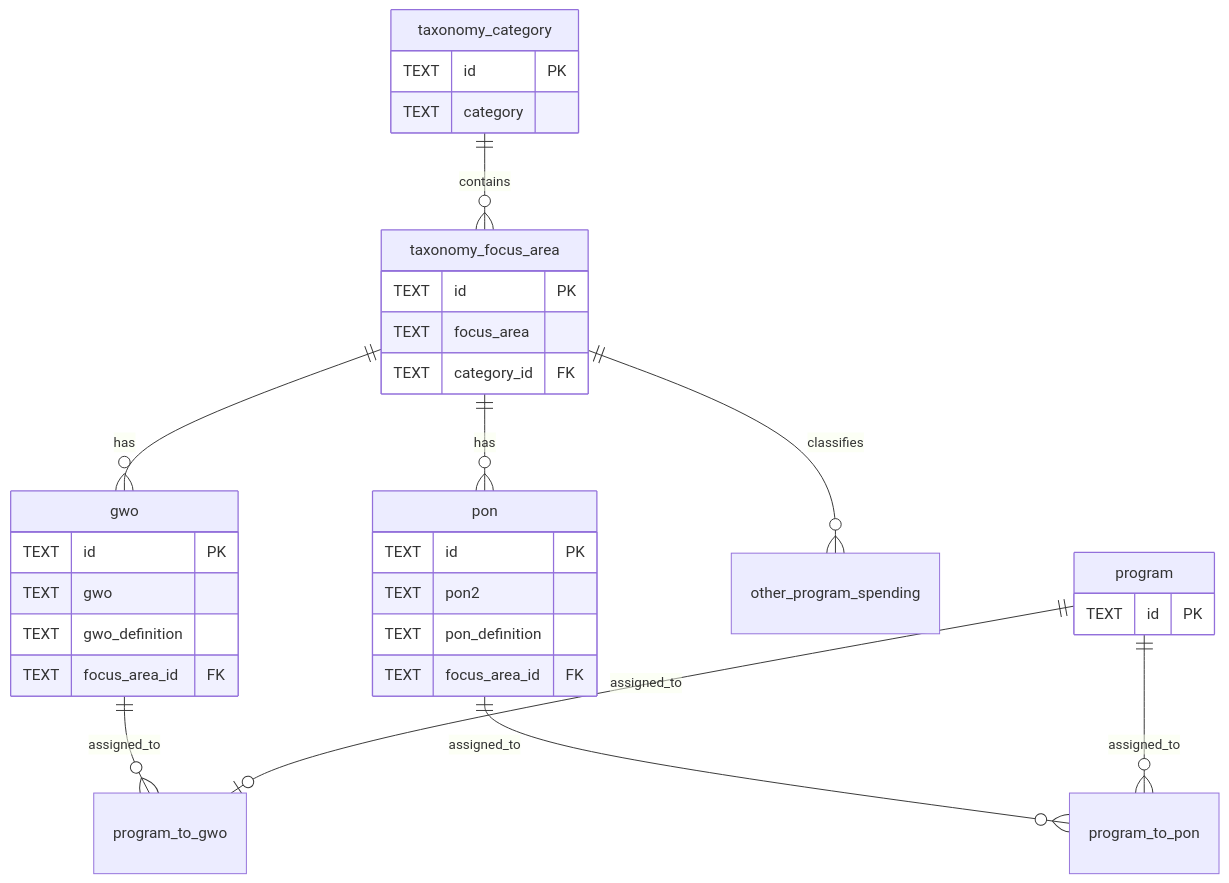
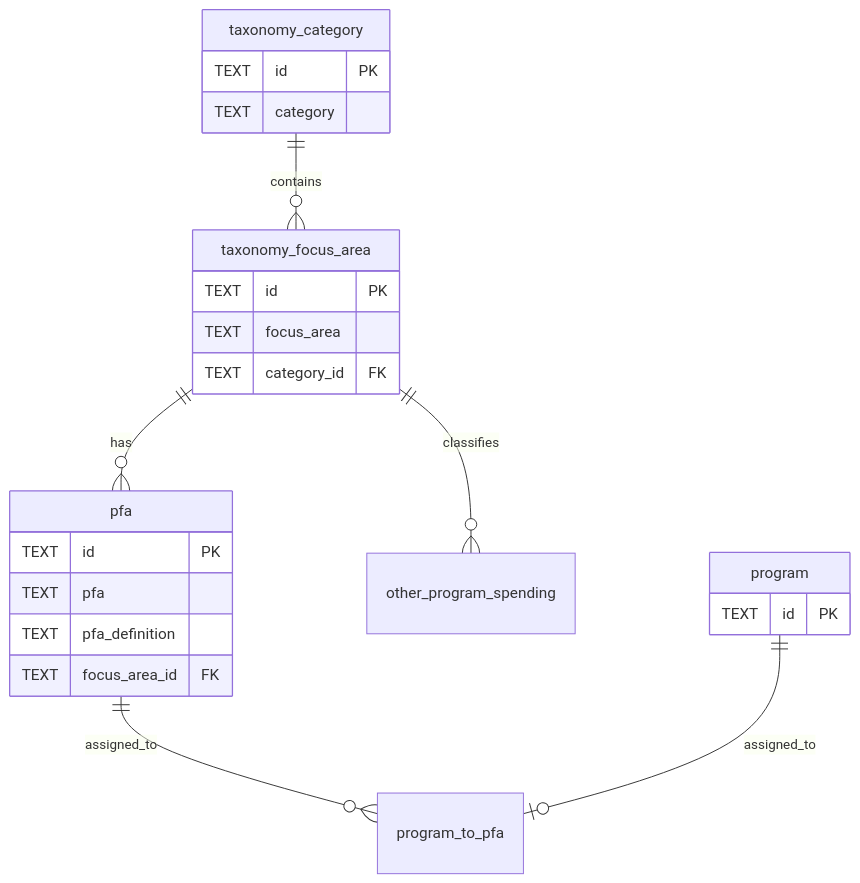
Before and after one commit to EOP-OMB/federal-program-inventory: the second of 4 diagrams in data_processing/ERD.md, drawn with Mermaid. The commit also changed other lines of this file and 3817 other files, not shown here.

````diff
--- a/data_processing/ERD.md
+++ b/data_processing/ERD.md
@@ -170,42 +154,32 @@
 ```mermaid
 erDiagram
     taxonomy_category ||--o{ taxonomy_focus_area : "contains"
-    taxonomy_focus_area ||--o{ gwo : "has"
-    taxonomy_focus_area ||--o{ pon : "has"
+    taxonomy_focus_area ||--o{ pfa : "has"
     taxonomy_focus_area ||--o{ other_program_spending : "classifies"
     
-    gwo ||--o{ program_to_gwo : "assigned_to"
-    pon ||--o{ program_to_pon : "assigned_to"
+    pfa ||--o{ program_to_pfa : "assigned_to"
     
-    program ||--o| program_to_gwo : "assigned_to"
-    program ||--o{ program_to_pon : "assigned_to"
+    program ||--o| program_to_pfa : "assigned_to"
     
     taxonomy_category {
         TEXT id PK
         TEXT category
     }
     
     taxonomy_focus_area {
         TEXT id PK
         TEXT focus_area
         TEXT category_id FK
     }
     
-    gwo {
+    pfa {
         TEXT id PK
-        TEXT gwo
-        TEXT gwo_definition
-        TEXT focus_area_id FK
-    }
-    
-    pon {
-        TEXT id PK
-        TEXT pon2
-        TEXT pon_definition
+        TEXT pfa
+        TEXT pfa_definition
         TEXT focus_area_id FK
     }
     
     program {
         TEXT id PK
     }
 ```
````
